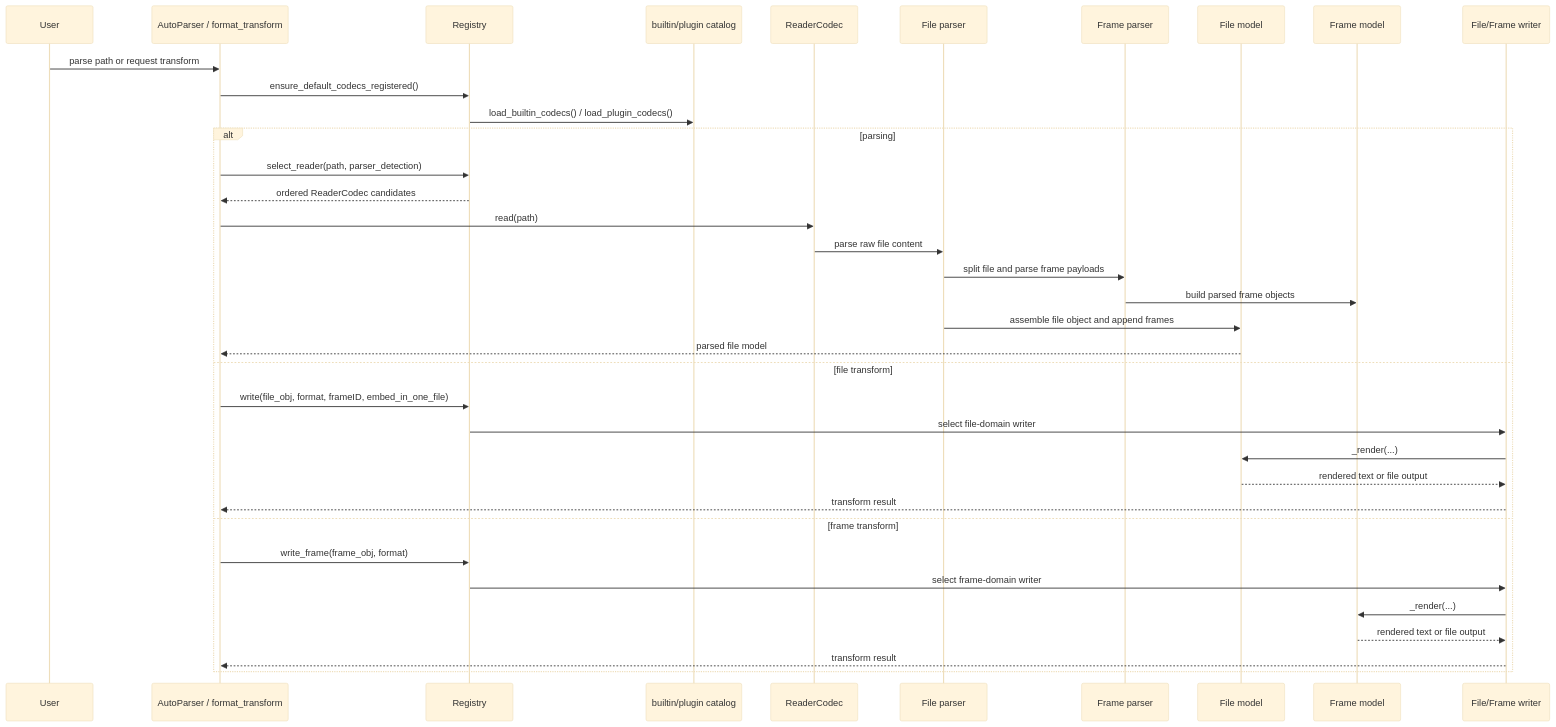
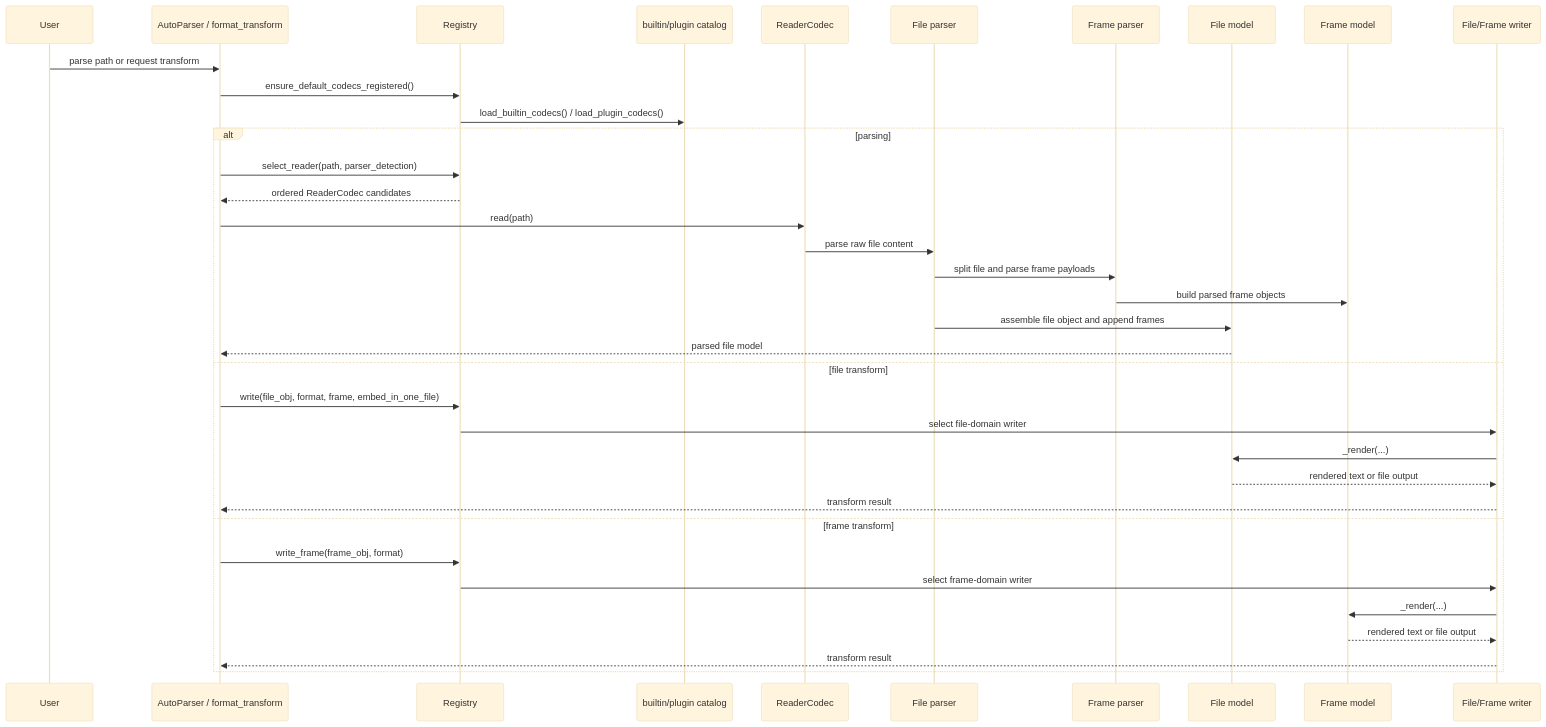
The second of 2 diagrams in docs/en/contributing.md (gentle1999/MolOP), drawn with Mermaid (base theme) before and after one commit. The commit also changed other lines of this file and 30 other files, not shown here.

````diff
--- a/docs/en/contributing.md
+++ b/docs/en/contributing.md
@@ -226,40 +230,40 @@
 ```mermaid
 sequenceDiagram
     participant User
     participant API as AutoParser / format_transform
     participant Registry
     participant Catalog as builtin/plugin catalog
     participant Reader as ReaderCodec
     participant FileParser as File parser
     participant FrameParser as Frame parser
     participant FileModel as File model
     participant FrameModel as Frame model
     participant Writer as File/Frame writer
 
     User->>API: parse path or request transform
     API->>Registry: ensure_default_codecs_registered()
     Registry->>Catalog: load_builtin_codecs() / load_plugin_codecs()
 
     alt parsing
         API->>Registry: select_reader(path, parser_detection)
         Registry-->>API: ordered ReaderCodec candidates
         API->>Reader: read(path)
         Reader->>FileParser: parse raw file content
         FileParser->>FrameParser: split file and parse frame payloads
         FrameParser->>FrameModel: build parsed frame objects
         FileParser->>FileModel: assemble file object and append frames
         FileModel-->>API: parsed file model
     else file transform
-        API->>Registry: write(file_obj, format, frameID, embed_in_one_file)
+        API->>Registry: write(file_obj, format, frame, embed_in_one_file)
         Registry->>Writer: select file-domain writer
         Writer->>FileModel: _render(...)
         FileModel-->>Writer: rendered text or file output
         Writer-->>API: transform result
     else frame transform
         API->>Registry: write_frame(frame_obj, format)
         Registry->>Writer: select frame-domain writer
         Writer->>FrameModel: _render(...)
         FrameModel-->>Writer: rendered text or file output
         Writer-->>API: transform result
     end
 ```
````
